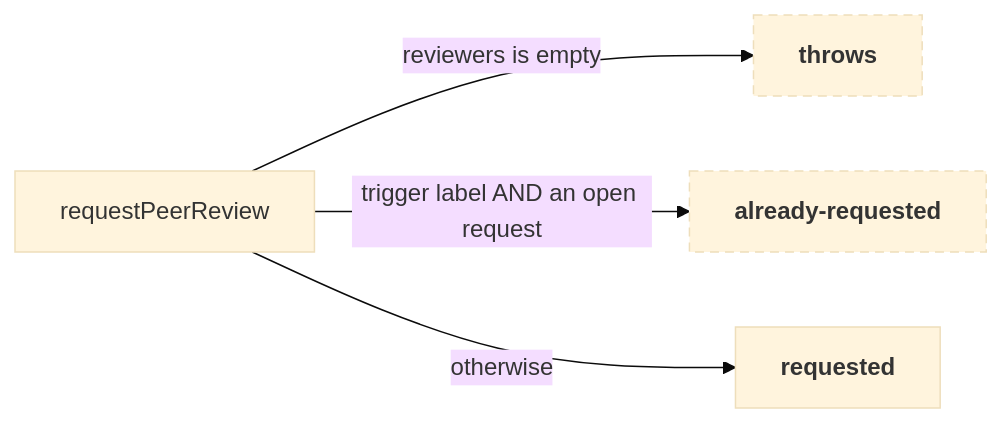
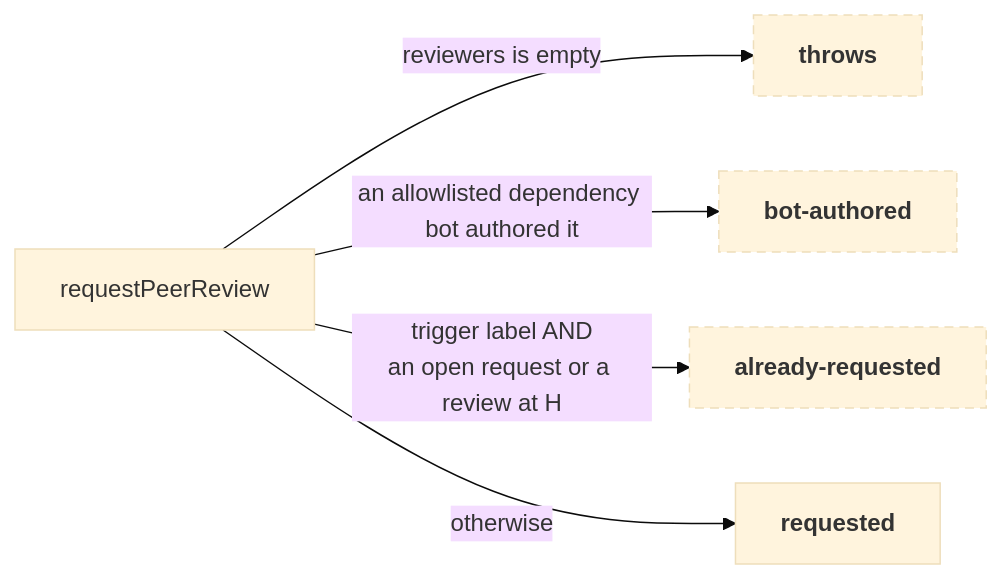
One commit to input-output-hk/agent-peer-review changed the eighth of 11 diagrams in docs/how-it-works.md. Above: the diagram before and after it, drawn with Mermaid (base theme). The commit also changed other lines of this file and 21 other files, not shown here.

````diff
--- a/docs/how-it-works.md
+++ b/docs/how-it-works.md
@@ -373,10 +380,11 @@
 ```mermaid
 flowchart LR
   R0["requestPeerReview"]
   R0 -->|"reviewers is empty"| R1["<b>throws</b>"]
-  R0 -->|"trigger label AND an open request"| R2["<b>already-requested</b>"]
+  R0 -->|"an allowlisted dependency bot authored it"| R4["<b>bot-authored</b>"]
+  R0 -->|"trigger label AND<br/>an open request or a review at H"| R2["<b>already-requested</b>"]
   R0 -->|"otherwise"| R3["<b>requested</b>"]
 
-  class R1,R2 pending
+  class R1,R2,R4 pending
   classDef pending stroke-dasharray: 6 4
 ```
````
